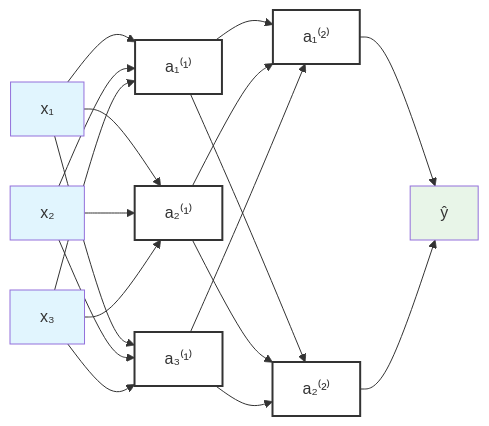
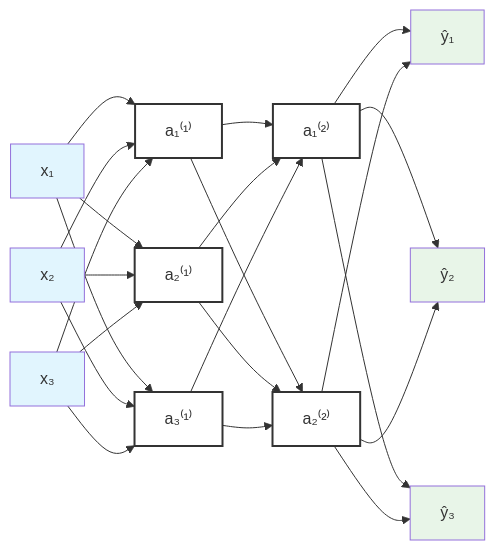
Before and after one commit to onnokleen/mlmetrics: the first of 3 diagrams in feed_forward_nns.qmd, drawn with Mermaid. The commit also changed other lines of this file and 13 other files, not shown here.

````diff
--- a/feed_forward_nns.qmd
+++ b/feed_forward_nns.qmd
@@ -109,36 +109,40 @@
 ```{mermaid}
 %%| label: fig-ffn-architecture
-%%| fig-cap: "Example of a feed-forward network with two hidden layers. Nodes are units: the left column holds the input coordinates, the middle columns the hidden-layer activations $a_i^{(l)}$, and the right node the output. Each arrow is a weighted connection; every unit applies its activation function to the weighted sum of its incoming values plus a bias."
+%%| fig-cap: 'Example of a feed-forward network with three input coordinates, two hidden layers, and three output units. The left column holds the inputs, the middle columns the hidden-layer activations $a_i^{(l)}$, and the right column the coordinates $\hat y_1$, $\hat y_2$, and $\hat y_3$ of the vector output $\hat{\mathbf y}(\mathbf{x})$. In a three-class classifier, one output unit is associated with each class. Each arrow is a weighted connection.'
 flowchart LR
       %% Input layer
     X1["x₁"] --> H11["a₁⁽¹⁾"]
     X1 --> H12["a₂⁽¹⁾"]
     X1 --> H13["a₃⁽¹⁾"]
     X2["x₂"] --> H11
     X2 --> H12
     X2 --> H13
     X3["x₃"] --> H11
     X3 --> H12
     X3 --> H13
     
     %% Hidden layer 1 to Hidden layer 2
     H11 --> H21["a₁⁽²⁾"]
     H11 --> H22["a₂⁽²⁾"]
     H12 --> H21
     H12 --> H22
     H13 --> H21
     H13 --> H22
     
     %% Hidden layer 2 to Output
-    H21 --> Y["ŷ"]
-    H22 --> Y
+    H21 --> Y1["ŷ₁"]
+    H21 --> Y2["ŷ₂"]
+    H21 --> Y3["ŷ₃"]
+    H22 --> Y1
+    H22 --> Y2
+    H22 --> Y3
     
     %% Styling
     classDef input fill:#e1f5fe
     classDef hiddenlayer fill:#ffffff,stroke:#333,stroke-width:2px
     classDef output fill:#e8f5e8
     
     class X1,X2,X3 input
     class H11,H12,H13,H21,H22 hiddenlayer
-    class Y output
+    class Y1,Y2,Y3 output
 ```
````
